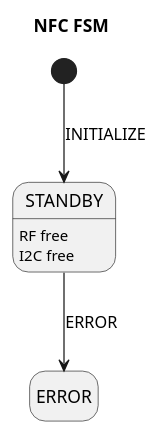
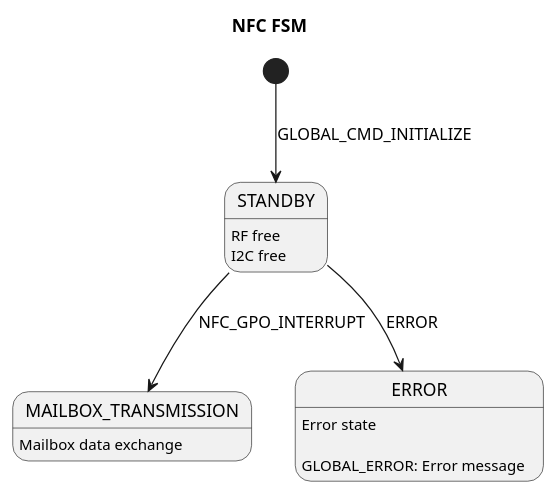
One commit to polesskiy-dev/iot-risk-logger-stm32l4 changed the diagram in firmware/iot-risk-logger-stm32l4/app/tasks/nfc/README.md. Above: the diagram before and after it, drawn with PlantUML. The commit also changed 8 other files, not shown here.

````diff
--- a/firmware/iot-risk-logger-stm32l4/app/tasks/nfc/README.md
+++ b/firmware/iot-risk-logger-stm32l4/app/tasks/nfc/README.md
@@ -10,9 +10,14 @@
 ```plantuml
 @startuml
 title NFC FSM
 hide empty description
+
 STANDBY: RF free\nI2C free
-[*] --> STANDBY : INITIALIZE
+MAILBOX_TRANSMISSION: Mailbox data exchange
+ERROR: Error state\n\nGLOBAL_ERROR: Error message
+
+[*] --> STANDBY : GLOBAL_CMD_INITIALIZE
+STANDBY --> MAILBOX_TRANSMISSION : NFC_GPO_INTERRUPT
 STANDBY --> ERROR : ERROR
 @enduml
 ```
````
